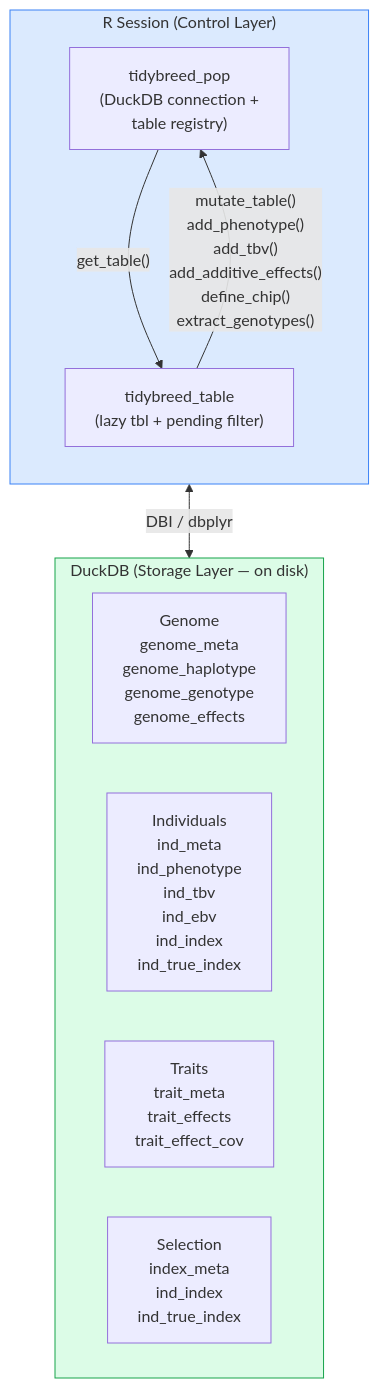
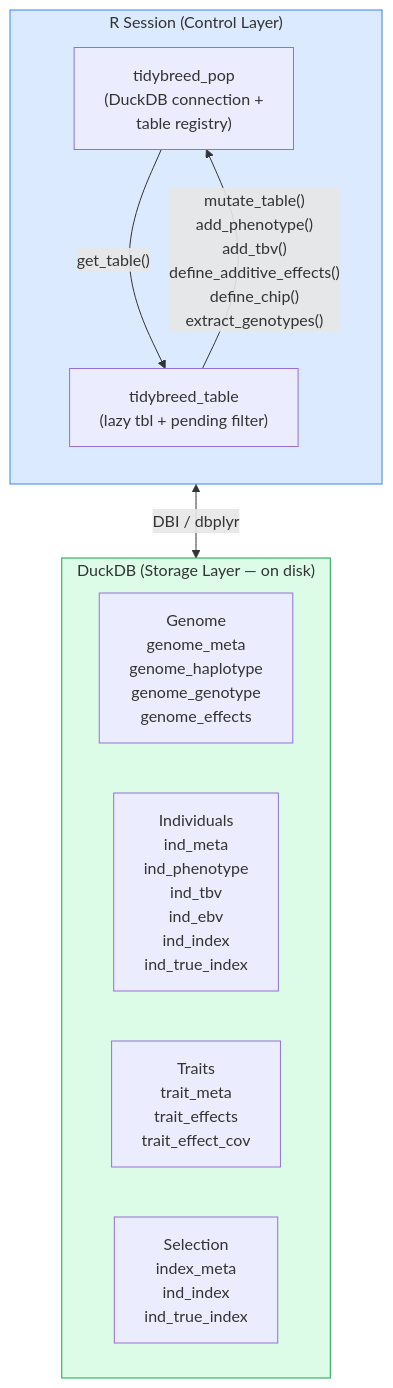
The first of 6 diagrams in vignettes/overview.qmd (austin-putz/tidybreed), drawn with Mermaid before and after one commit. The commit also changed other lines of this file and 69 other files, not shown here.

````diff
--- a/vignettes/overview.qmd
+++ b/vignettes/overview.qmd
@@ -68,26 +68,26 @@
 ```{mermaid}
 %%| eval: true
 %%| echo: false
 %%| fig-cap: "High-level architecture: R controls the DuckDB backend via dplyr/dbplyr. All data is stored on disk."
 %%| fig-width: 10
 flowchart TB
     subgraph R["R Session (Control Layer)"]
         direction TB
         POP["tidybreed_pop<br/>(DuckDB connection +<br/>table registry)"]
         TBL["tidybreed_table<br/>(lazy tbl + pending filter)"]
         POP -->|"get_table()"| TBL
-        TBL -->|"mutate_table()<br/>add_phenotype()<br/>add_tbv()<br/>add_additive_effects()<br/>define_chip()<br/>extract_genotypes()"| POP
+        TBL -->|"mutate_table()<br/>add_phenotype()<br/>add_tbv()<br/>define_additive_effects()<br/>define_chip()<br/>extract_genotypes()"| POP
     end
 
     subgraph DuckDB["DuckDB (Storage Layer — on disk)"]
         direction LR
         GENOME["Genome<br/>genome_meta<br/>genome_haplotype<br/>genome_genotype<br/>genome_effects"]
         IND["Individuals<br/>ind_meta<br/>ind_phenotype<br/>ind_tbv<br/>ind_ebv<br/>ind_index<br/>ind_true_index"]
         TRAIT["Traits<br/>trait_meta<br/>trait_effects<br/>trait_effect_cov"]
         IDX["Selection<br/>index_meta<br/>ind_index<br/>ind_true_index"]
     end
 
     POP <-->|"DBI / dbplyr"| DuckDB
     style R fill:#dbeafe,stroke:#3b82f6
     style DuckDB fill:#dcfce7,stroke:#16a34a
 ```
````
